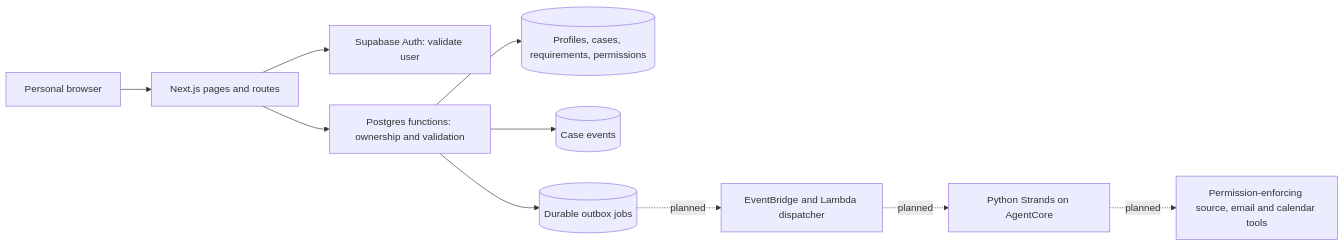
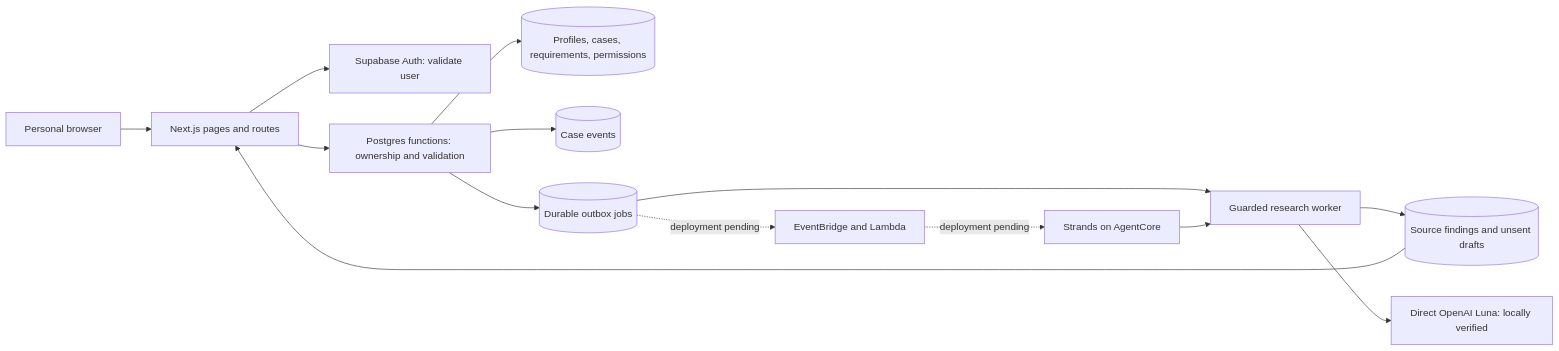
One commit to hassanali-ko/Verra changed the diagram in README.md. Above: the diagram before and after it, drawn with Mermaid. The commit also changed other lines of this file and 49 other files, not shown here.

First line of the commit message:
Add the Strands research agent, worker infrastructure and visit editing

````diff
--- a/README.md
+++ b/README.md
@@ -74,12 +74,16 @@
 ```mermaid
 flowchart LR
     Browser[Personal browser] --> Next[Next.js pages and routes]
     Next --> Auth[Supabase Auth: validate user]
     Next --> RPC[Postgres functions: ownership and validation]
     RPC --> Records[(Profiles, cases, requirements, permissions)]
     RPC --> Audit[(Case events)]
     RPC --> Outbox[(Durable outbox jobs)]
-    Outbox -. planned .-> Dispatch[EventBridge and Lambda dispatcher]
-    Dispatch -. planned .-> Agent[Python Strands on AgentCore]
-    Agent -. planned .-> Tools[Permission-enforcing source, email and calendar tools]
+    Outbox --> Worker[Guarded research worker]
+    Worker --> Reports[(Source findings and unsent drafts)]
+    Reports --> Next
+    Outbox -. deployment pending .-> Dispatch[EventBridge and Lambda]
+    Dispatch -. deployment pending .-> Agent[Strands on AgentCore]
+    Worker --> Model[Direct OpenAI Luna: locally verified]
+    Agent --> Worker
 ```
````
